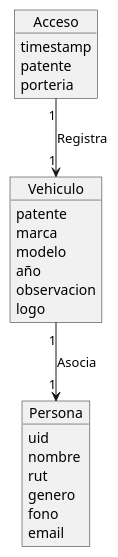
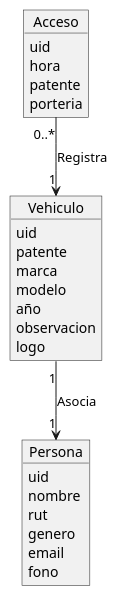
Before and after one commit to patoarayas/ucn-parking: the diagram in domain-diagram.plantuml, drawn with PlantUML.

Commit message:
docs(uml): update diagrams (updated cardinality, added a few attributes and updated relation sense)

```diff
--- a/domain-diagram.plantuml
+++ b/domain-diagram.plantuml
@@ -1,29 +1,31 @@
 @startuml diagram
 
 object Persona {
  uid
  nombre
  rut
  genero
+ email
  fono
- email
 }
 
 object Vehiculo {
+ uid
  patente
  marca
  modelo
  año
  observacion
  logo
 }
 
 object Acceso {
- timestamp
+ uid
+ hora
  patente
  porteria
 }
 
-Acceso "1" --> "1" Vehiculo: Registra
+Acceso "0..*" --> "1" Vehiculo: Registra
 Vehiculo "1" --> "1" Persona: Asocia
 @enduml
```
